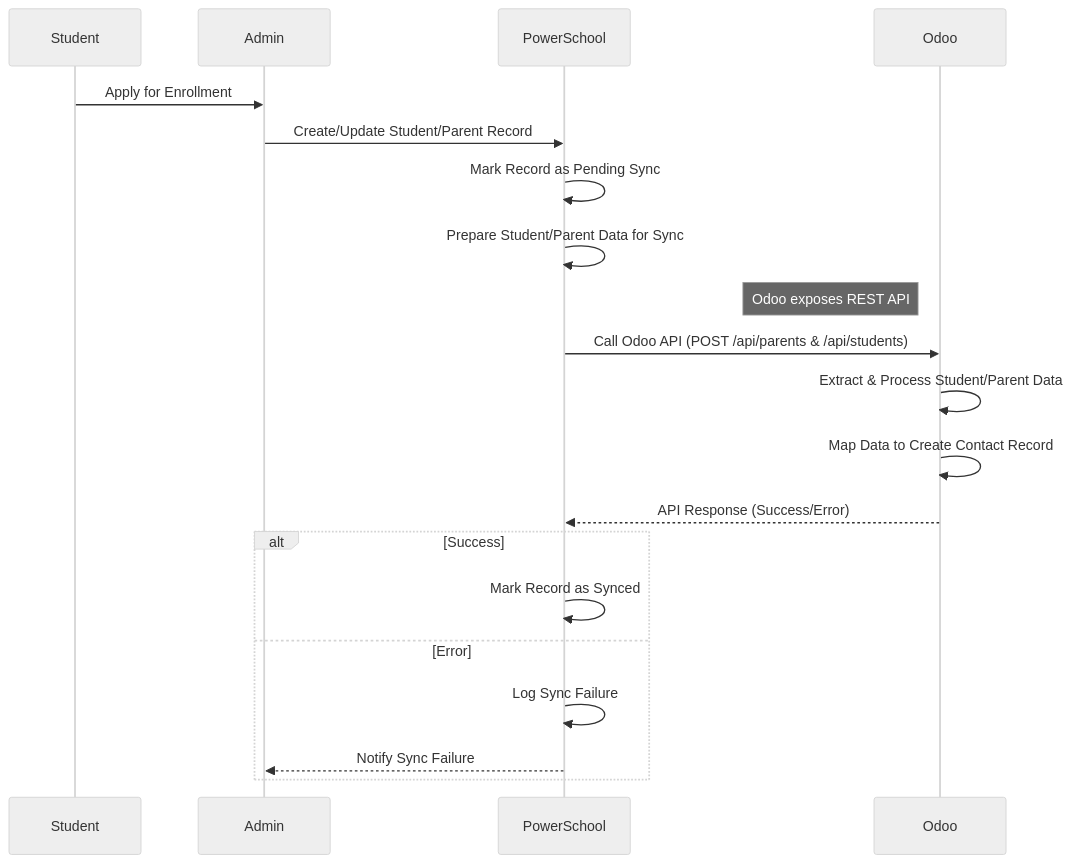
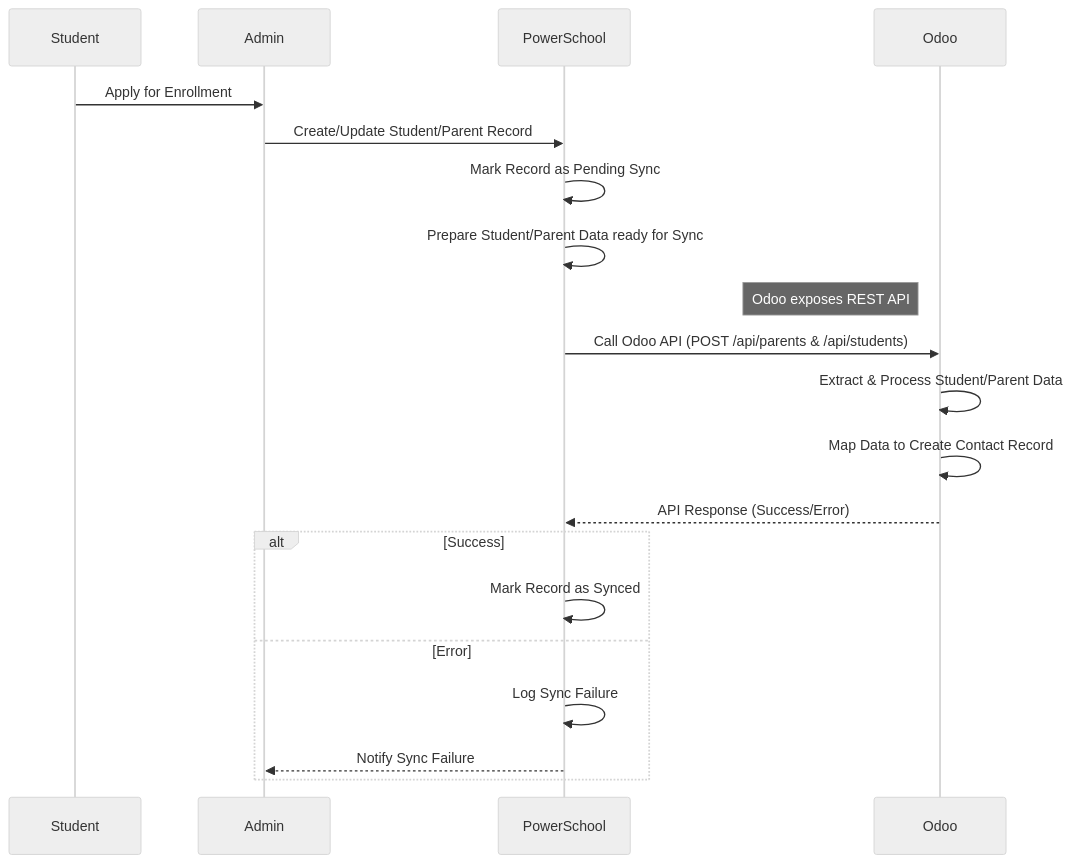
One commit to kamalyui9/lincoln_school changed the first of 3 diagrams in Odoo API.md. Above: the diagram before and after it, drawn with Mermaid (neutral theme). The commit also changed other lines of this file, not shown here.

````diff
--- a/Odoo API.md
+++ b/Odoo API.md
@@ -4,25 +4,25 @@
 ```mermaid
 sequenceDiagram
     participant Student as Student
     participant Admin as Admin
     participant PowerSchool as PowerSchool
     participant Odoo as Odoo 
 
     Student->>Admin: Apply for Enrollment
     Admin->>PowerSchool: Create/Update Student/Parent Record
     PowerSchool->>PowerSchool: Mark Record as Pending Sync
-    PowerSchool->>PowerSchool: Prepare Student/Parent Data for Sync
+    PowerSchool->>PowerSchool: Prepare Student/Parent Data ready for Sync
     Note left of Odoo: Odoo exposes REST API
 
     PowerSchool->>Odoo: Call Odoo API (POST /api/parents & /api/students)
     Odoo->>Odoo: Extract & Process Student/Parent Data
     Odoo->>Odoo: Map Data to Create Contact Record
     Odoo-->>PowerSchool: API Response (Success/Error)
 
     alt Success
         PowerSchool->>PowerSchool: Mark Record as Synced
     else Error
         PowerSchool->>PowerSchool: Log Sync Failure
         PowerSchool-->>Admin: Notify Sync Failure
     end
 ```
````
